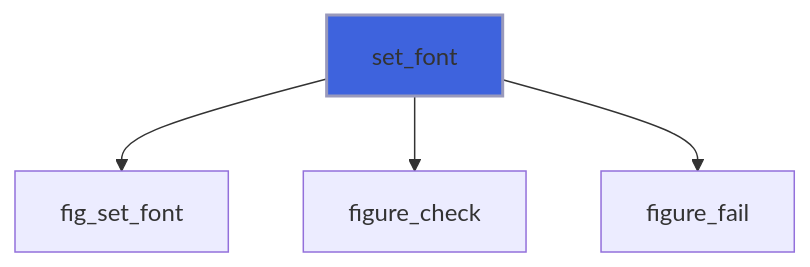
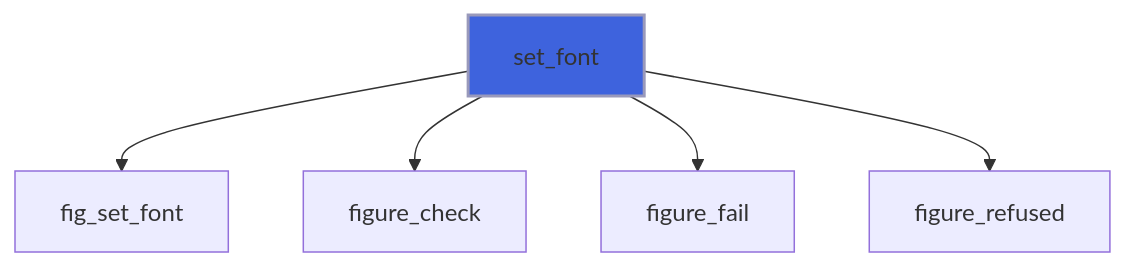
One commit to szaghi/figure changed diagram 12 of 41 in docs/api/src/lib/figure_app.md. Above: the diagram before and after it, drawn with Mermaid. The commit also changed other lines of this file and 10 other files, not shown here.

````diff
--- a/docs/api/src/lib/figure_app.md
+++ b/docs/api/src/lib/figure_app.md
@@ -512,7 +544,8 @@
 ```mermaid
 flowchart TD
   set_font["set_font"] --> fig_set_font["fig_set_font"]
   set_font["set_font"] --> figure_check["figure_check"]
   set_font["set_font"] --> figure_fail["figure_fail"]
+  set_font["set_font"] --> figure_refused["figure_refused"]
   style set_font fill:#3e63dd,stroke:#99b,stroke-width:2px
 ```
````
